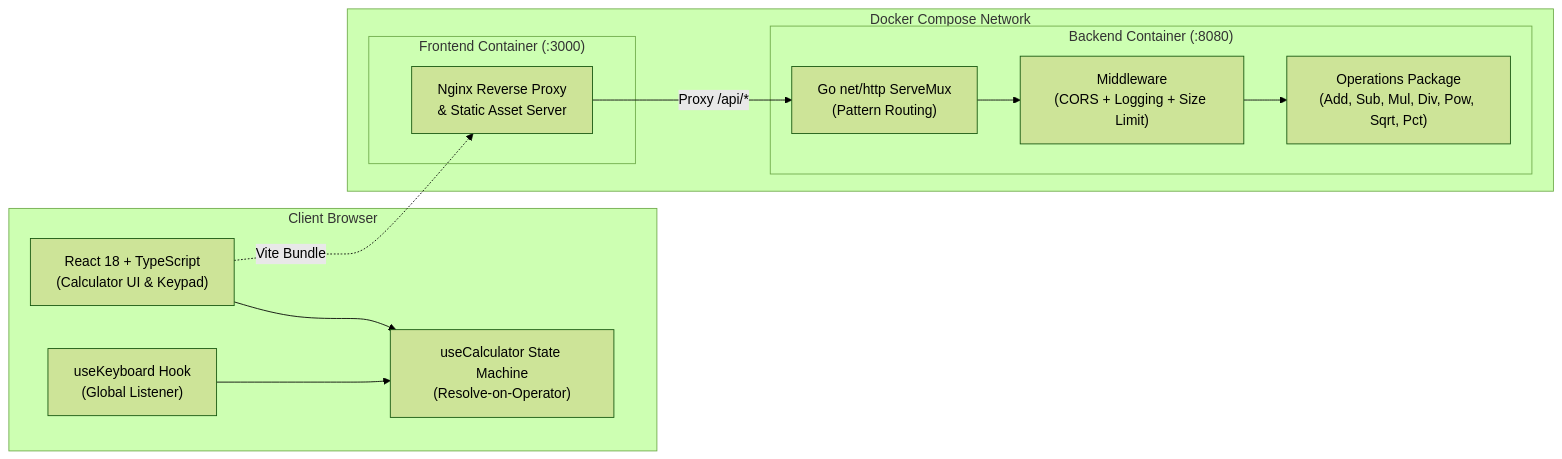
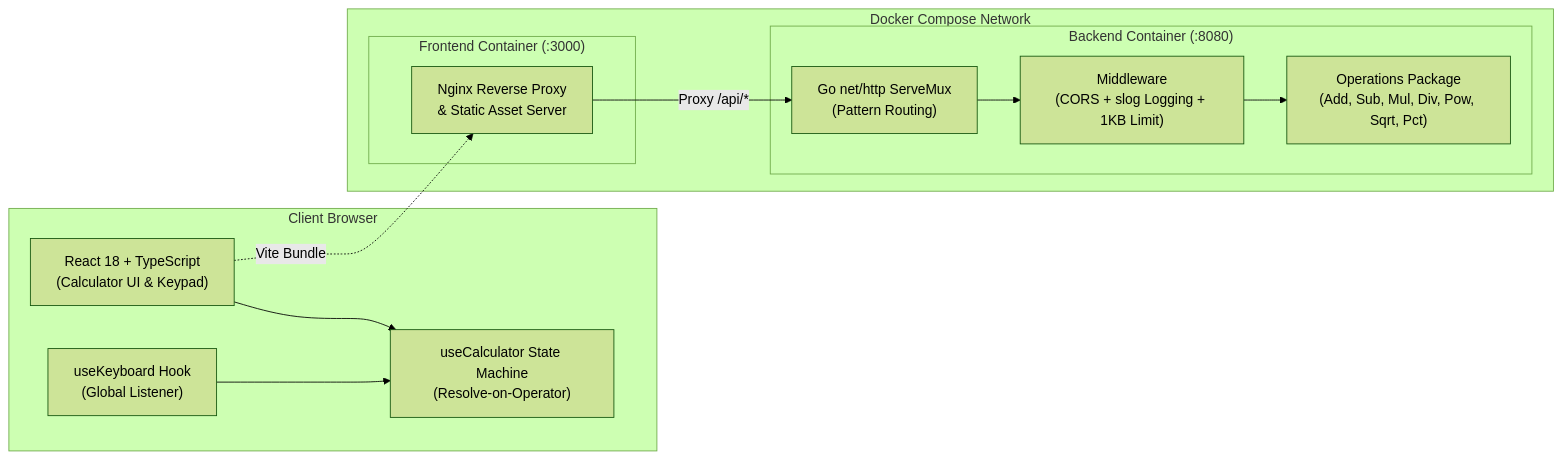
One commit to JarbesGoldoni/goldoni-calculator changed the diagram in README.md. Above: the diagram before and after it, drawn with Mermaid (forest theme). The commit also changed other lines of this file, not shown here.

````diff
--- a/README.md
+++ b/README.md
@@ -32,26 +32,26 @@
 ```mermaid
 flowchart LR
     subgraph Client["Client Browser"]
         UI["React 18 + TypeScript\n(Calculator UI & Keypad)"]
         SM["useCalculator State Machine\n(Resolve-on-Operator)"]
         KB["useKeyboard Hook\n(Global Listener)"]
         UI --> SM
         KB --> SM
     end
 
     subgraph Docker["Docker Compose Network"]
         subgraph FrontendContainer["Frontend Container (:3000)"]
-            Nginx["Nginx Reverse Proxy\n& Static Asset Server"]
-            UI -.->|Vite Bundle| Nginx
-        end
+        Nginx["Nginx Reverse Proxy\n& Static Asset Server"]
+        UI -.->|Vite Bundle| Nginx
+    end
 
-        subgraph BackendContainer["Backend Container (:8080)"]
-            Router["Go net/http ServeMux\n(Pattern Routing)"]
-            MW["Middleware\n(CORS + Logging + Size Limit)"]
-            Ops["Operations Package\n(Add, Sub, Mul, Div, Pow, Sqrt, Pct)"]
-            Router --> MW --> Ops
-        end
+    subgraph BackendContainer["Backend Container (:8080)"]
+        Router["Go net/http ServeMux\n(Pattern Routing)"]
+        MW["Middleware\n(CORS + slog Logging + 1KB Limit)"]
+        Ops["Operations Package\n(Add, Sub, Mul, Div, Pow, Sqrt, Pct)"]
+        Router --> MW --> Ops
+    end
 
-        Nginx -->|Proxy /api/*| Router
+    Nginx -->|Proxy /api/*| Router
     end
 ```
````
